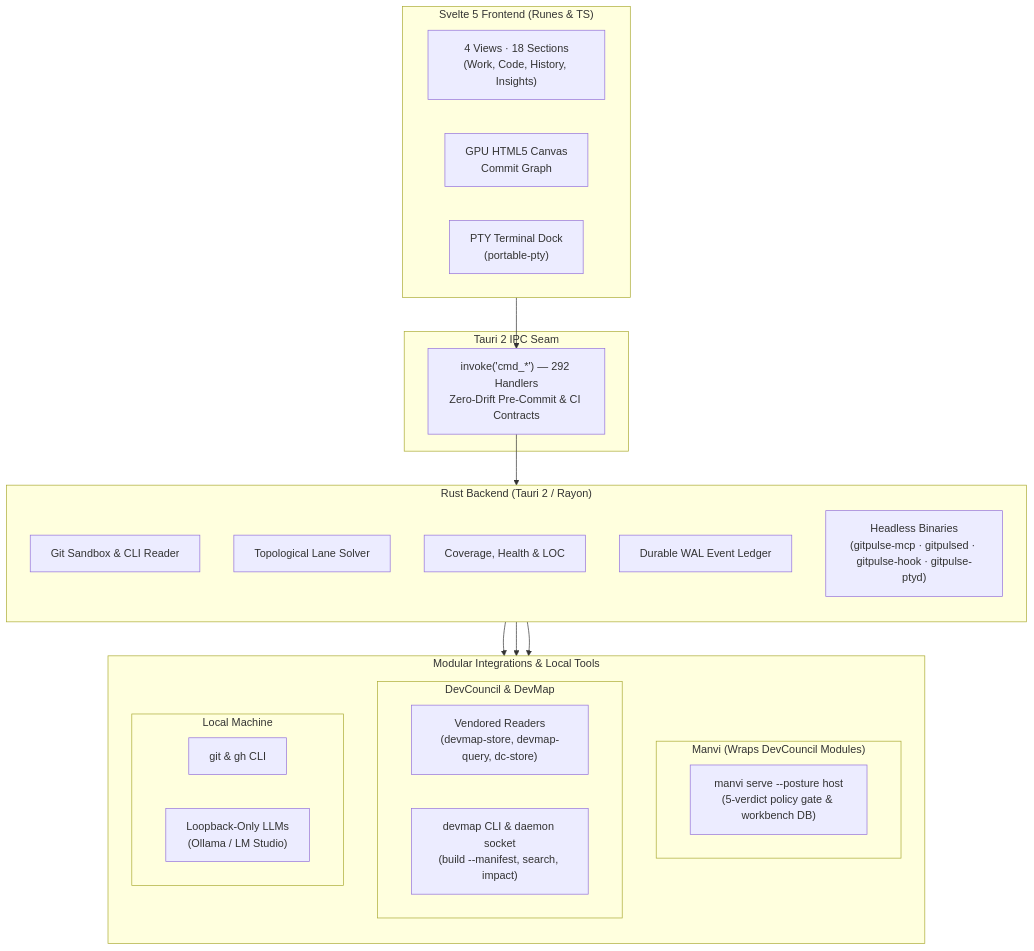
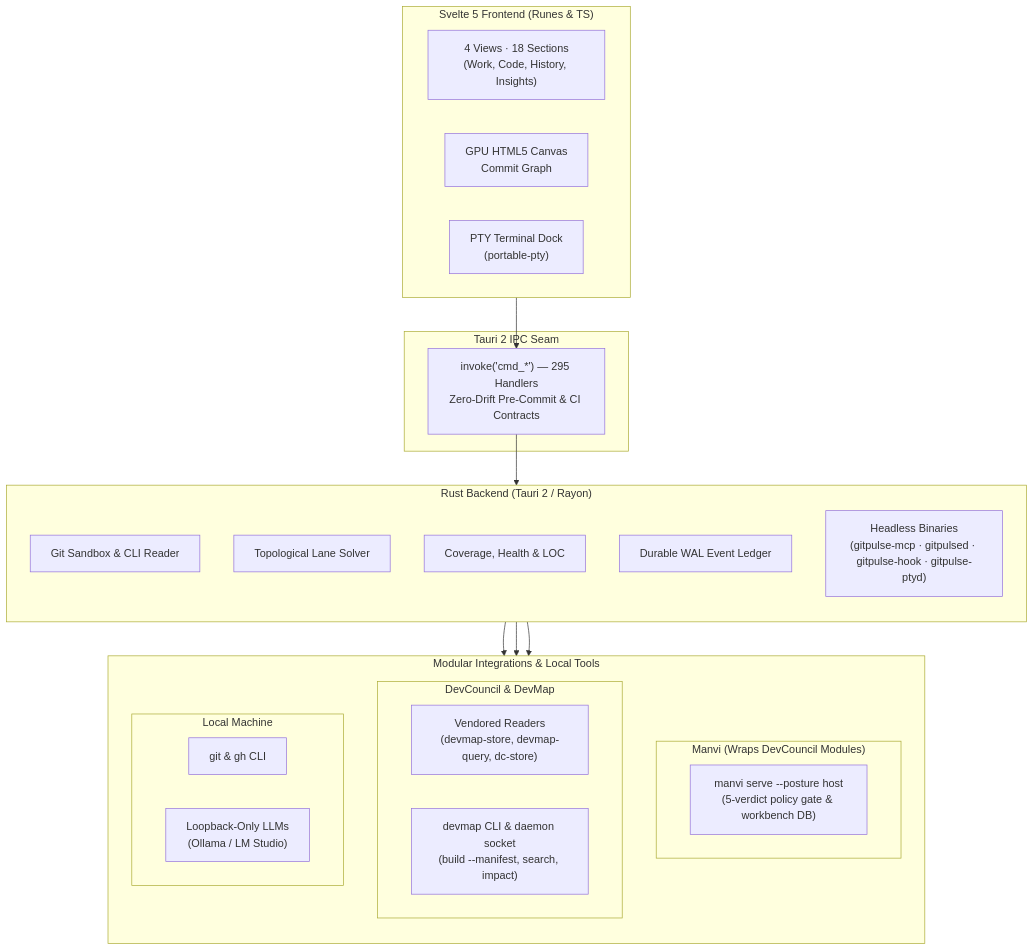
Before and after one commit to bharathvbcr/GitPulse: the diagram in README.md, drawn with Mermaid. The commit also changed 44 other files, not shown here.

````diff
--- a/README.md
+++ b/README.md
@@ -126,43 +126,43 @@
 ```mermaid
 flowchart TB
     subgraph Frontend["Svelte 5 Frontend (Runes & TS)"]
         direction LR
         Views["4 Views · 18 Sections<br/>(Work, Code, History, Insights)"]
         Canvas["GPU HTML5 Canvas<br/>Commit Graph"]
         TerminalDock["PTY Terminal Dock<br/>(portable-pty)"]
     end
 
     subgraph IPC["Tauri 2 IPC Seam"]
-        Bridge["invoke('cmd_*') — 292 Handlers<br/>Zero-Drift Pre-Commit & CI Contracts"]
+        Bridge["invoke('cmd_*') — 295 Handlers<br/>Zero-Drift Pre-Commit & CI Contracts"]
     end
 
     subgraph Backend["Rust Backend (Tauri 2 / Rayon)"]
         direction TB
         GitEngine["Git Sandbox & CLI Reader"]
         LaneSolver["Topological Lane Solver"]
         Analyzers["Coverage, Health & LOC"]
         Ledger["Durable WAL Event Ledger"]
         Headless["Headless Binaries<br/>(gitpulse-mcp · gitpulsed · gitpulse-hook · gitpulse-ptyd)"]
     end
 
     subgraph Integrations["Modular Integrations & Local Tools"]
         direction TB
         subgraph ManviWrap["Manvi (Wraps DevCouncil Modules)"]
             ManviSidecar["manvi serve --posture host<br/>(5-verdict policy gate & workbench DB)"]
         end
         subgraph DevCouncilMods["DevCouncil & DevMap"]
             Vendored["Vendored Readers<br/>(devmap-store, devmap-query, dc-store)"]
             DevMapCLI["devmap CLI & daemon socket<br/>(build --manifest, search, impact)"]
         end
         subgraph LocalTools["Local Machine"]
             CLI["git & gh CLI"]
             LocalLLM["Loopback-Only LLMs<br/>(Ollama / LM Studio)"]
         end
     end
 
     Frontend --> Bridge
     Bridge --> Backend
     Backend --> ManviWrap
     Backend --> DevCouncilMods
     Backend --> LocalTools
 ```
````
